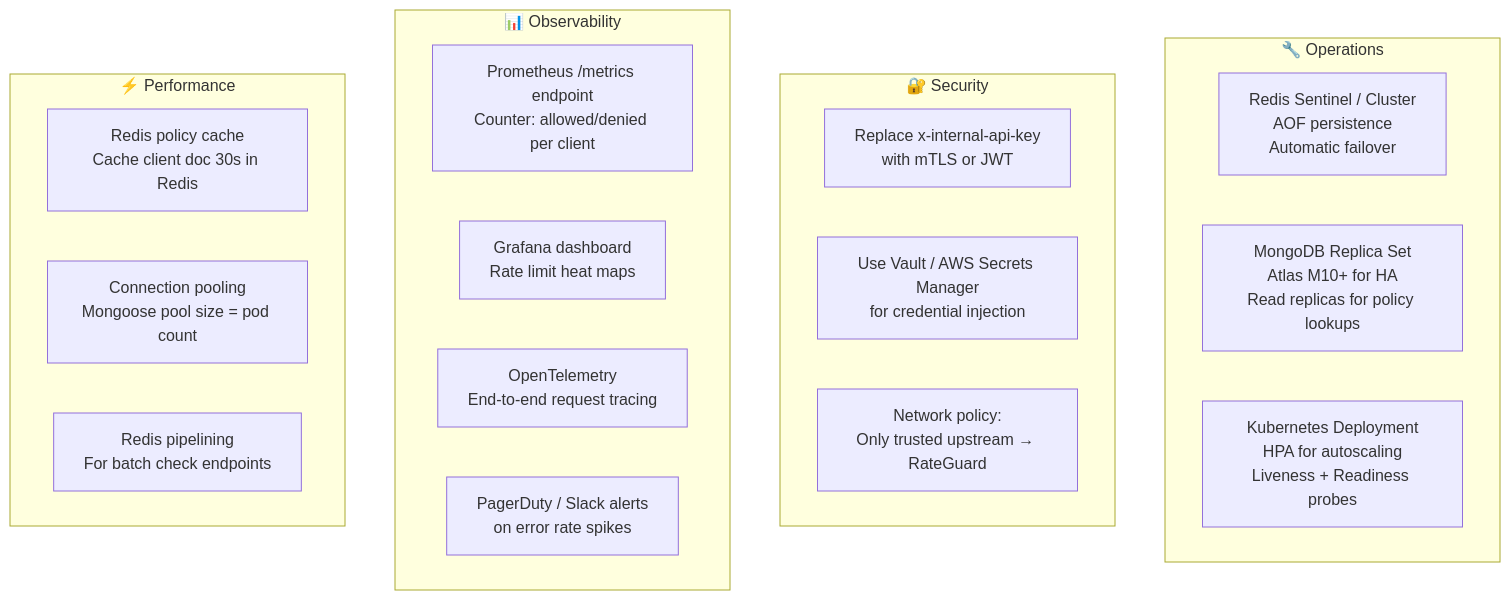
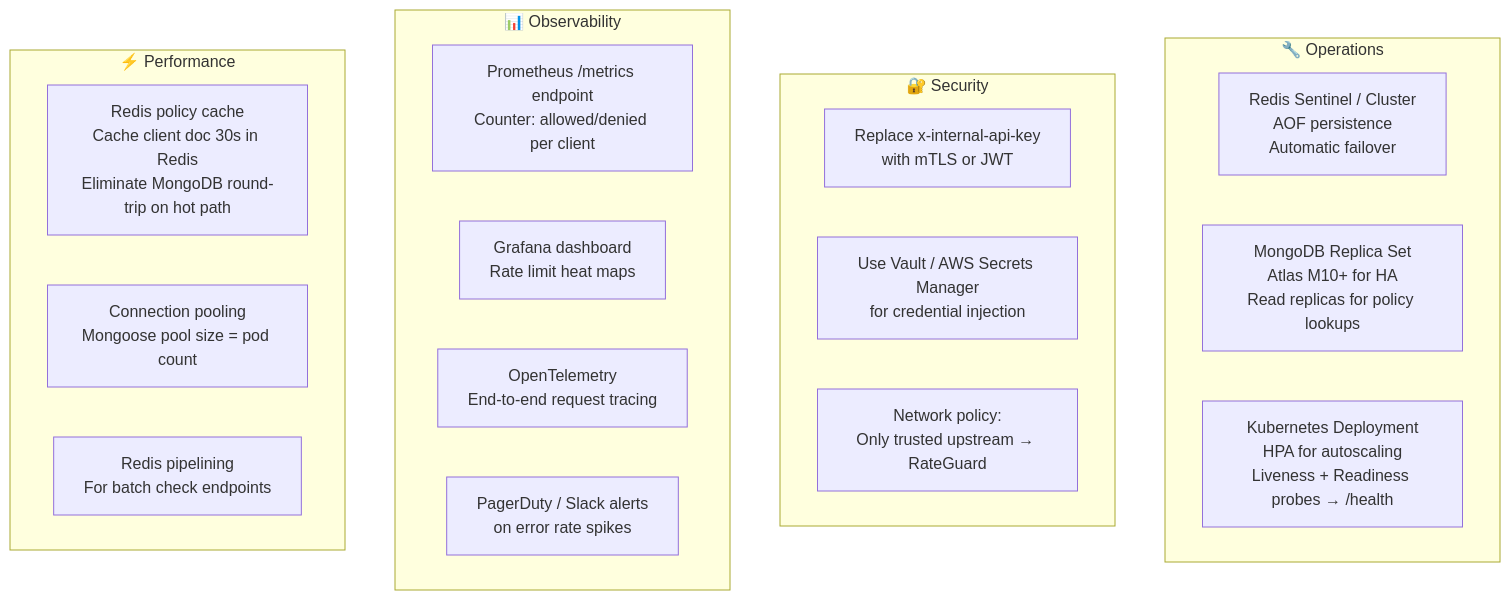
Before and after one commit to ramalokeshreddyp/RateGuard: diagram 17 of 17 in ARCHITECTURE.md, drawn with Mermaid. The commit also changed other lines of this file and 2 other files, not shown here.

Commit message:
docs: comprehensive rewrite of README, ARCHITECTURE, and projectdocumentation (v2.0) - 43 tests, GET /clients/:id, X-RateLimit-* headers, BCRYPT_ROUNDS, ioredis-mock, .dockerignore

````diff
--- a/ARCHITECTURE.md
+++ b/ARCHITECTURE.md
@@ -704,27 +760,27 @@
 ```mermaid
 flowchart TD
     subgraph OPS["🔧 Operations"]
         O1["Redis Sentinel / Cluster\nAOF persistence\nAutomatic failover"]
         O2["MongoDB Replica Set\nAtlas M10+ for HA\nRead replicas for policy lookups"]
-        O3["Kubernetes Deployment\nHPA for autoscaling\nLiveness + Readiness probes"]
+        O3["Kubernetes Deployment\nHPA for autoscaling\nLiveness + Readiness probes → /health"]
     end
 
     subgraph SEC["🔐 Security"]
         S1["Replace x-internal-api-key\nwith mTLS or JWT"]
         S2["Use Vault / AWS Secrets Manager\nfor credential injection"]
         S3["Network policy:\nOnly trusted upstream → RateGuard"]
     end
 
     subgraph OBS["📊 Observability"]
         B1["Prometheus /metrics endpoint\nCounter: allowed/denied per client"]
         B2["Grafana dashboard\nRate limit heat maps"]
         B3["OpenTelemetry\nEnd-to-end request tracing"]
         B4["PagerDuty / Slack alerts\non error rate spikes"]
     end
 
     subgraph PERF["⚡ Performance"]
-        P1["Redis policy cache\nCache client doc 30s in Redis"]
+        P1["Redis policy cache\nCache client doc 30s in Redis\nEliminate MongoDB round-trip on hot path"]
         P2["Connection pooling\nMongoose pool size = pod count"]
         P3["Redis pipelining\nFor batch check endpoints"]
     end
 ```
````
